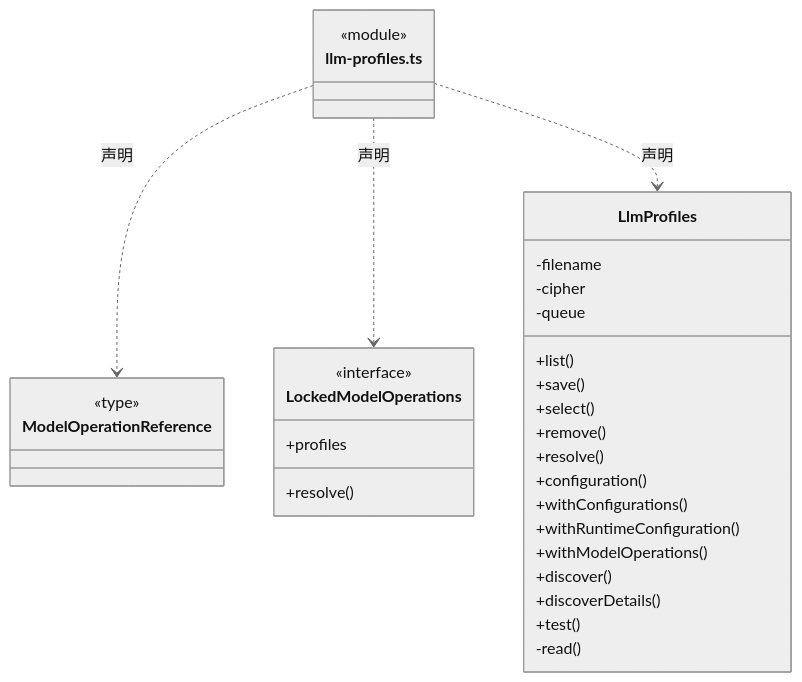
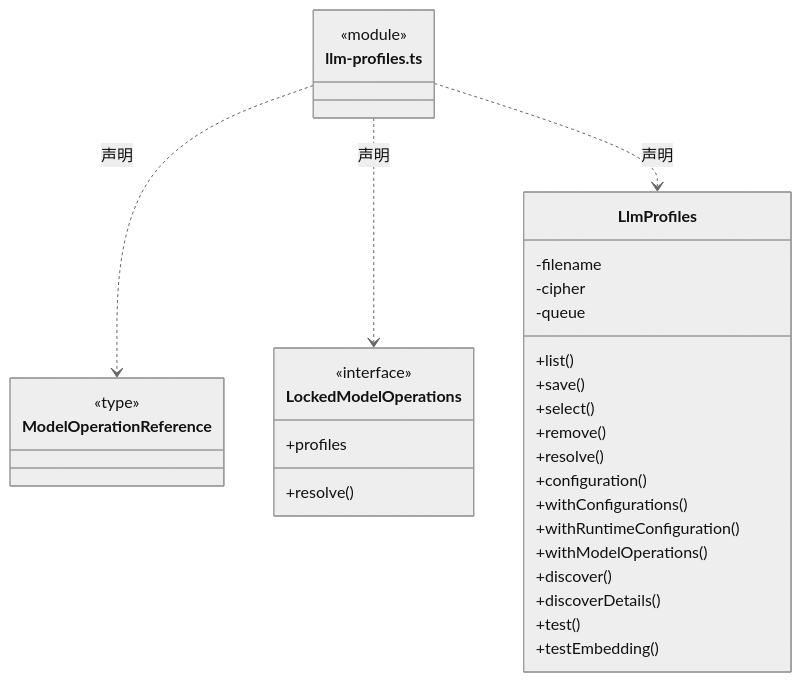
One commit to nan023062/cbim changed the third of 5 diagrams in src/logic/models/service/ARCHITECTURE.md. Above: the diagram before and after it, drawn with Mermaid (neutral theme). The commit also changed other lines of this file and 36 other files, not shown here.

````diff
--- a/src/logic/models/service/ARCHITECTURE.md
+++ b/src/logic/models/service/ARCHITECTURE.md
@@ -69,36 +69,36 @@
 ```mermaid
 classDiagram
 class N_src_logic_models_service_llm_profiles_ts["llm-profiles.ts"] {
   <<module>>
 }
 class N_src_logic_models_service_llm_profiles_ts_ModelOperationReference["ModelOperationReference"] {
   <<type>>
 
 }
 N_src_logic_models_service_llm_profiles_ts ..> N_src_logic_models_service_llm_profiles_ts_ModelOperationReference : 声明
 class N_src_logic_models_service_llm_profiles_ts_LockedModelOperations["LockedModelOperations"] {
   <<interface>>
   +profiles
   +resolve()
 }
 N_src_logic_models_service_llm_profiles_ts ..> N_src_logic_models_service_llm_profiles_ts_LockedModelOperations : 声明
 class N_src_logic_models_service_llm_profiles_ts_LlmProfiles["LlmProfiles"] {
   +list()
   +save()
   +select()
   +remove()
   +resolve()
   +configuration()
   +withConfigurations()
   +withRuntimeConfiguration()
   +withModelOperations()
   +discover()
   +discoverDetails()
   +test()
+  +testEmbedding()
   -filename
   -cipher
   -queue
-  -read()
 }
 N_src_logic_models_service_llm_profiles_ts ..> N_src_logic_models_service_llm_profiles_ts_LlmProfiles : 声明
 ```
````
